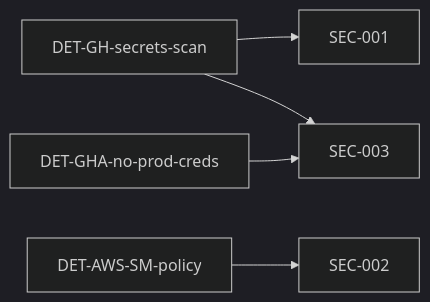
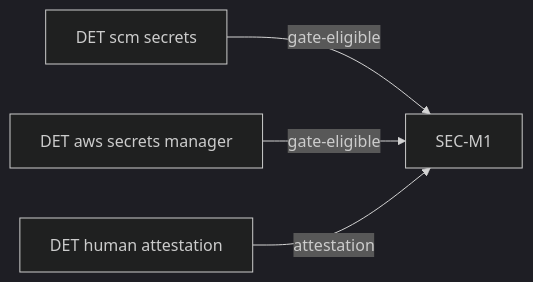
One commit to stackrail-io/APRF changed the second of 6 diagrams in ARCHITECTURE.md. Above: the diagram before and after it, drawn with Mermaid (dark theme). The commit also changed other lines of this file and 2 other files, not shown here.

First line of the commit message:
Harden architecture after adversarial multi-vendor review.

````diff
--- a/ARCHITECTURE.md
+++ b/ARCHITECTURE.md
@@ -132,13 +123,10 @@
 ```mermaid
 flowchart LR
-  D1[DET-GH-secrets-scan]
-  D2[DET-AWS-SM-policy]
-  D3[DET-GHA-no-prod-creds]
-  C1[SEC-001]
-  C2[SEC-002]
-  C3[SEC-003]
-  D1 --> C1
-  D2 --> C2
-  D3 --> C3
-  D1 --> C3
+  D1[DET scm secrets]
+  D2[DET aws secrets manager]
+  D3[DET human attestation]
+  C1[SEC-M1]
+  D1 -->|gate-eligible| C1
+  D2 -->|gate-eligible| C1
+  D3 -->|attestation| C1
 ```
````
